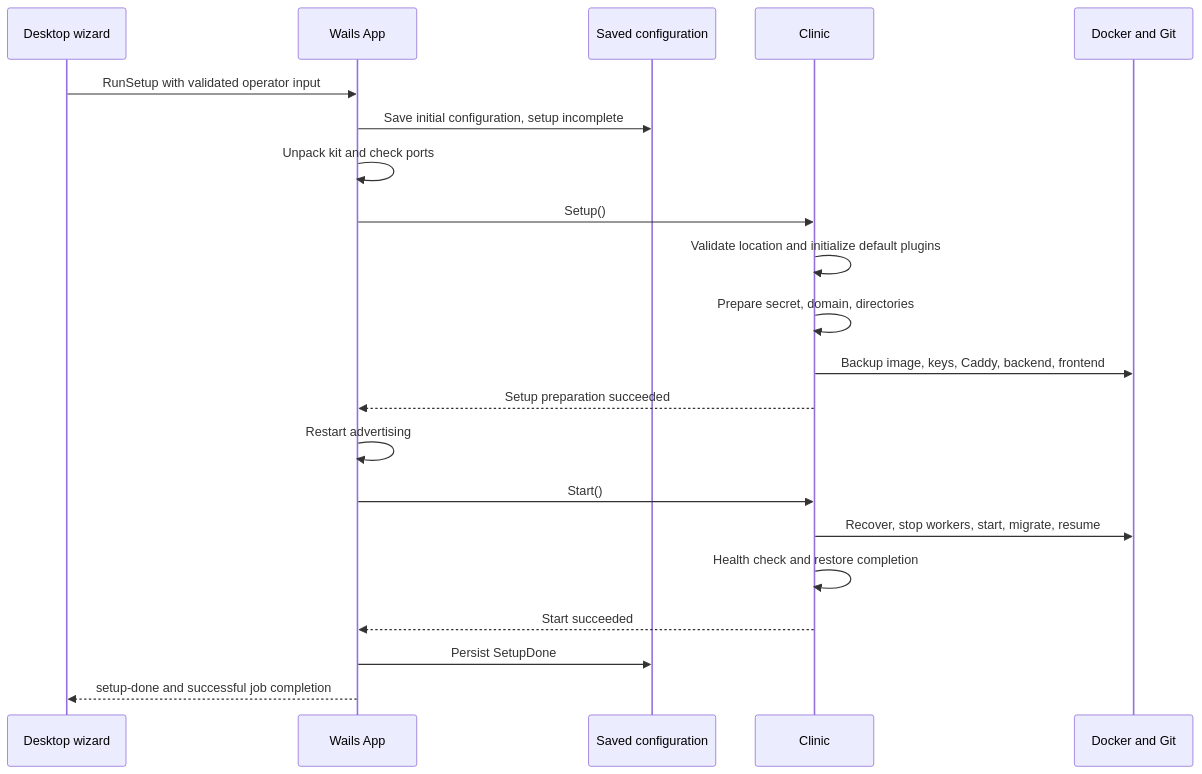
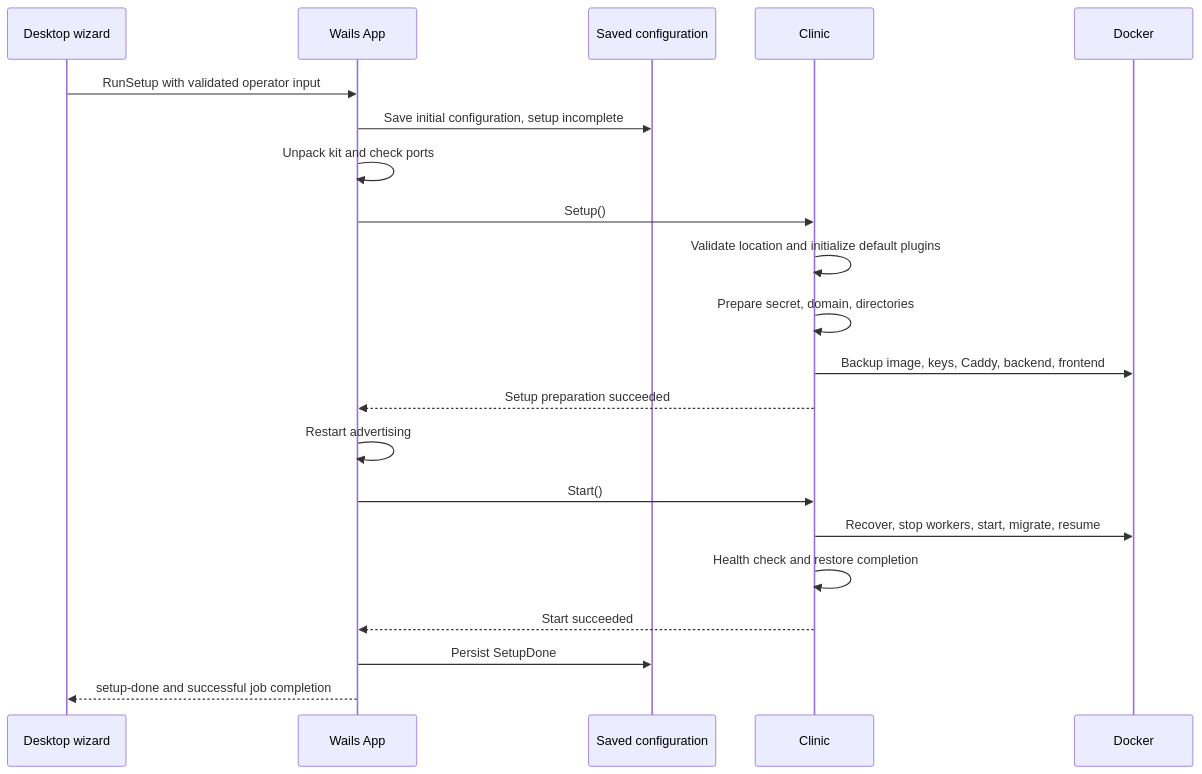
One commit to ohcnetwork/care_clinic changed the second of 6 diagrams in docs/clinic-lifecycle.md. Above: the diagram before and after it, drawn with Mermaid. The commit also changed other lines of this file and 74 other files, not shown here.

````diff
--- a/docs/clinic-lifecycle.md
+++ b/docs/clinic-lifecycle.md
@@ -259,23 +260,23 @@
 ```mermaid
 sequenceDiagram
     participant UI as Desktop wizard
     participant App as Wails App
     participant Config as Saved configuration
     participant Clinic as Clinic
-    participant Docker as Docker and Git
+    participant Docker as Docker
     UI->>App: RunSetup with validated operator input
     App->>Config: Save initial configuration, setup incomplete
     App->>App: Unpack kit and check ports
     App->>Clinic: Setup()
     Clinic->>Clinic: Validate location and initialize default plugins
     Clinic->>Clinic: Prepare secret, domain, directories
     Clinic->>Docker: Backup image, keys, Caddy, backend, frontend
     Clinic-->>App: Setup preparation succeeded
     App->>App: Restart advertising
     App->>Clinic: Start()
     Clinic->>Docker: Recover, stop workers, start, migrate, resume
     Clinic->>Clinic: Health check and restore completion
     Clinic-->>App: Start succeeded
     App->>Config: Persist SetupDone
     App-->>UI: setup-done and successful job completion
 ```
````
